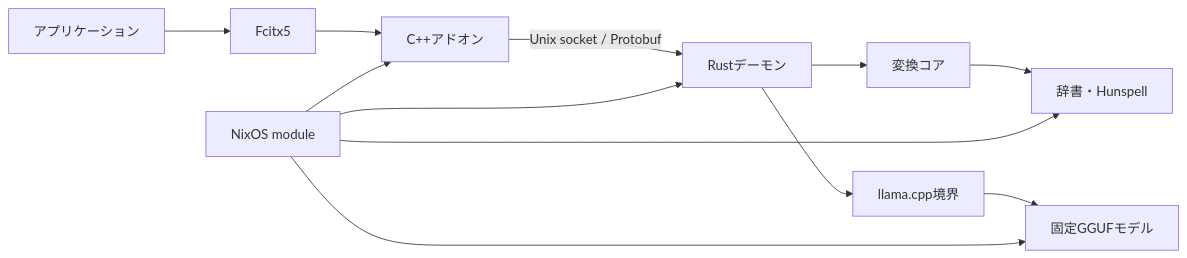
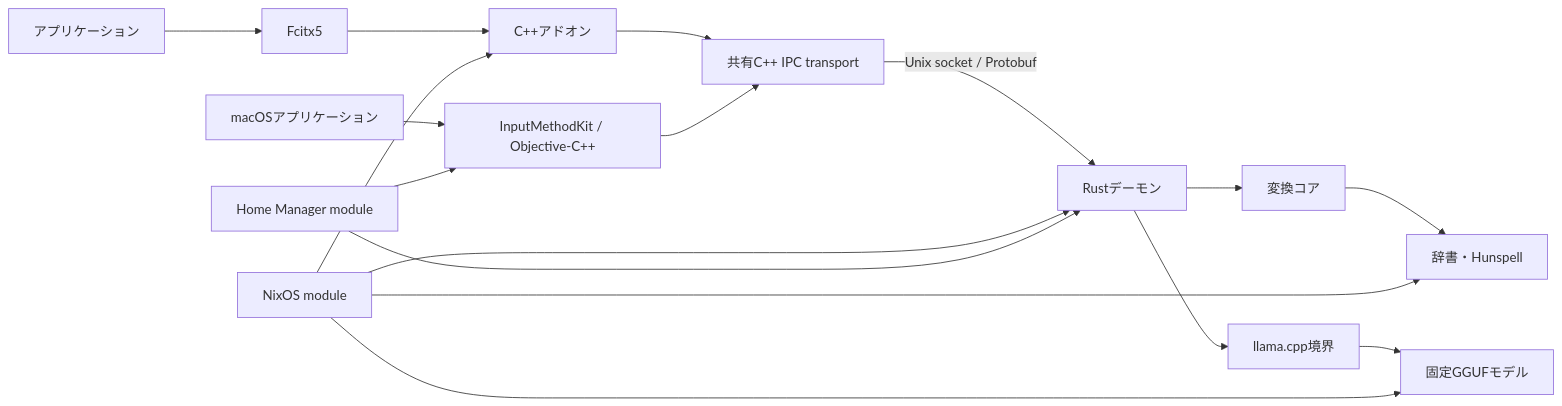
One commit to ph0ryn/beanKey changed the diagram in docs/architecture.md. Above: the diagram before and after it, drawn with Mermaid. The commit also changed other lines of this file and 3 other files, not shown here.

````diff
--- a/docs/architecture.md
+++ b/docs/architecture.md
@@ -9,14 +9,19 @@
 ```mermaid
 flowchart LR
     app["アプリケーション"] --> fcitx["Fcitx5"]
     fcitx --> addon["C++アドオン"]
-    addon -->|"Unix socket / Protobuf"| daemon["Rustデーモン"]
+    macApp["macOSアプリケーション"] --> imk["InputMethodKit / Objective-C++"]
+    addon --> transport["共有C++ IPC transport"]
+    imk --> transport
+    transport -->|"Unix socket / Protobuf"| daemon["Rustデーモン"]
     daemon --> converter["変換コア"]
     daemon --> llama["llama.cpp境界"]
     converter --> dictionary["辞書・Hunspell"]
     llama --> model["固定GGUFモデル"]
     nix["NixOS module"] --> addon
     nix --> daemon
     nix --> dictionary
     nix --> model
+    home["Home Manager module"] --> imk
+    home --> daemon
 ```
````
